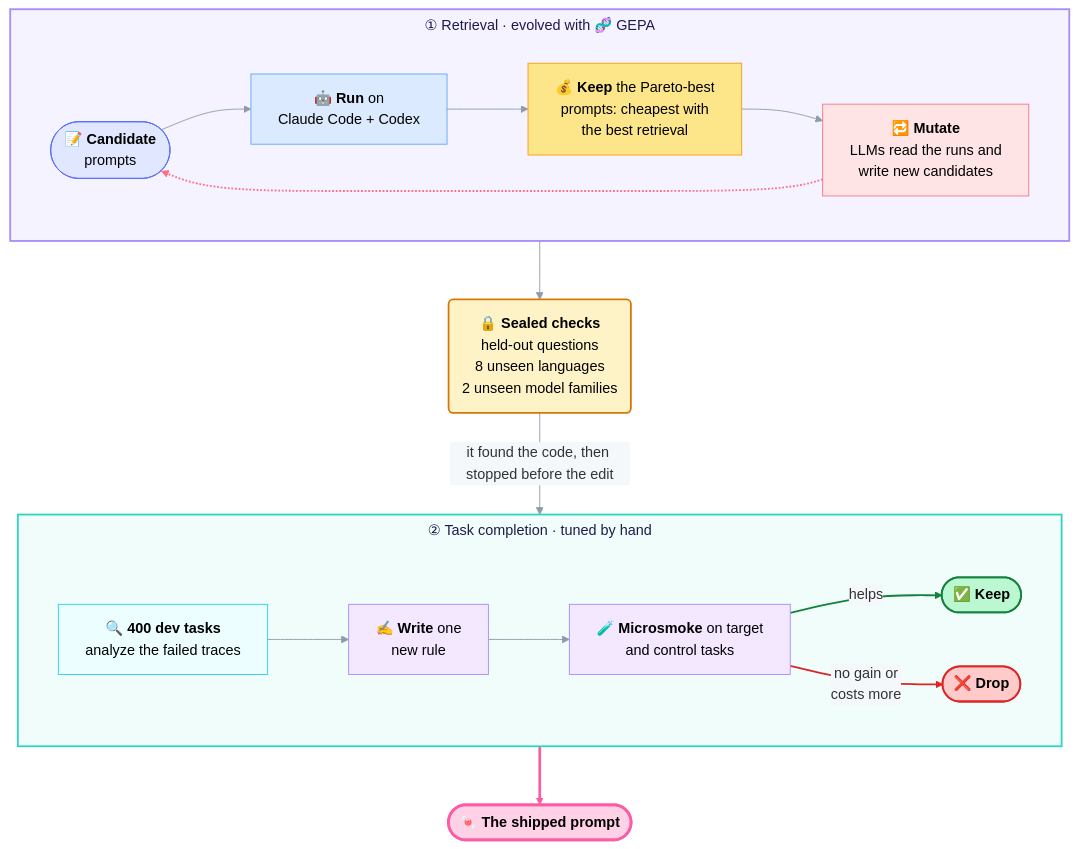
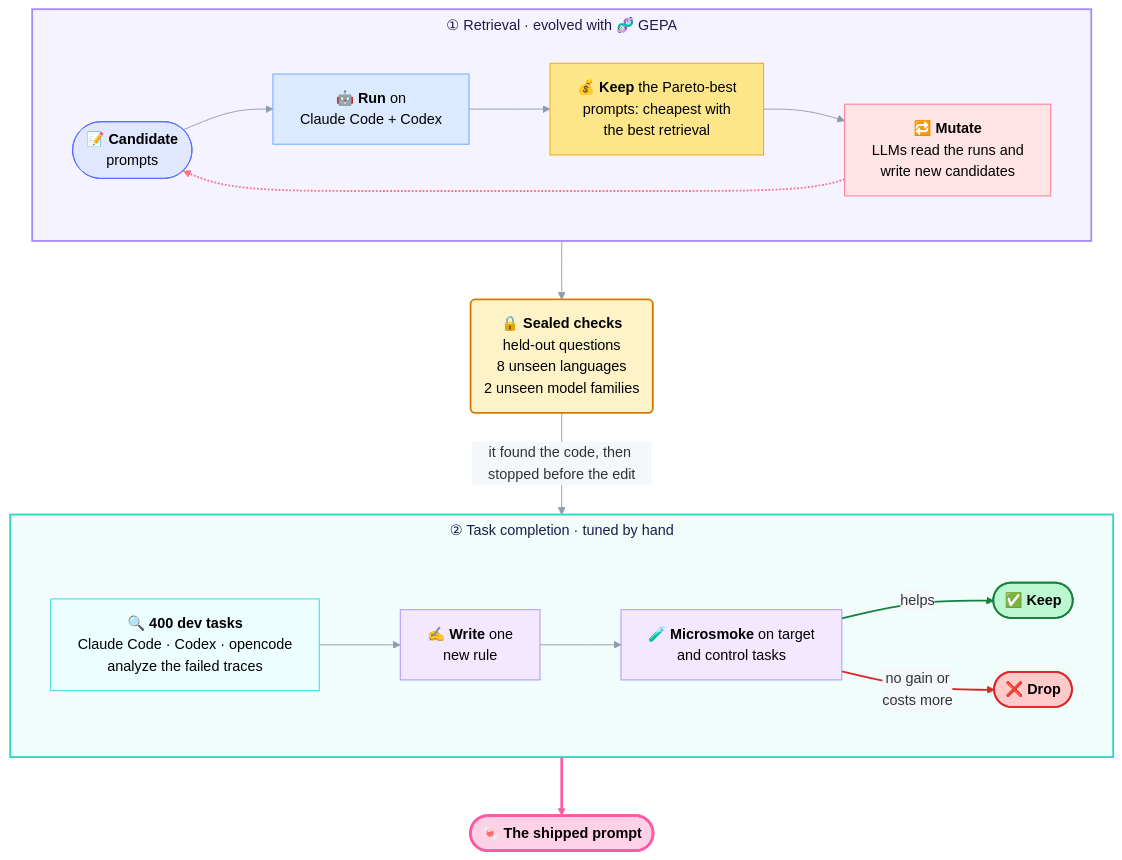
The second of 2 diagrams in README.md (mrsladoje/sweet-search), drawn with Mermaid before and after one commit. The commit also changed other lines of this file, not shown here.

Commit message:
readme: scannable prompt intro, explain both tuning steps after the diagram, opencode in step 2

````diff
--- a/README.md
+++ b/README.md
@@ -884,51 +887,51 @@
 ```mermaid
 %%{init: {"theme": "base", "themeVariables": {"titleColor": "#1e1b4b", "textColor": "#1e1b4b", "lineColor": "#8e9baa", "edgeLabelBackground": "#f4f8fb"}, "themeCSS": ".cluster-label span { font-size: 19px; font-weight: 700; }", "flowchart": {"wrappingWidth": 400, "rankSpacing": 65, "nodeSpacing": 60, "subGraphTitleMargin": {"top": 6, "bottom": 14}}}}%%
 flowchart TB
     subgraph S1["① Retrieval · evolved with 🧬 GEPA"]
         direction LR
         A(["📝 <b>Candidate</b><br/>prompts"]) --> B["🤖 <b>Run</b> on<br/>Claude Code + Codex"]
         B --> C["💰 <b>Keep</b> the Pareto-best<br/>prompts: cheapest with<br/>the best retrieval"]
         C --> D["🔁 <b>Mutate</b><br/>LLMs read the runs and<br/>write new candidates"]
         D -.-> A
     end
     S1 --> V("🔒 <b>Sealed checks</b><br/>held-out questions<br/>8 unseen languages<br/>2 unseen model families")
     V -->|"it found the code, then stopped before the edit"| S2
     subgraph S2["② Task completion · tuned by hand"]
         direction LR
-        E["🔍 <b>400 dev tasks</b><br/>analyze the failed traces"] --> F["✍️ <b>Write</b> one<br/>new rule"]
+        E["🔍 <b>400 dev tasks</b><br/>Claude Code · Codex · opencode<br/>analyze the failed traces"] --> F["✍️ <b>Write</b> one<br/>new rule"]
         F --> G["🧪 <b>Microsmoke</b> on target<br/>and control tasks"]
         G -->|"helps"| H(["✅ <b>Keep</b>"])
         G -->|"no gain or<br/>costs more"| I(["❌ <b>Drop</b>"])
     end
     S2 ==> P(["🍬 <b>The shipped prompt</b>"])
 
     classDef cand  fill:#e0e7ff,stroke:#596fff,color:#000;
     classDef run   fill:#dbeafe,stroke:#60a5fa,color:#000;
     classDef score fill:#fde68a,stroke:#f59e0b,color:#000;
     classDef llm   fill:#ffe4e6,stroke:#fb7185,color:#000;
     classDef seal  fill:#fef3c7,stroke:#d97706,color:#000,stroke-width:2px;
     classDef dig   fill:#ecfeff,stroke:#22d3ee,color:#000;
     classDef rule  fill:#f3e8ff,stroke:#a78bfa,color:#000;
     classDef keep  fill:#bbf7d0,stroke:#15803d,color:#000,stroke-width:2px;
     classDef drop  fill:#fecaca,stroke:#dc2626,color:#000,stroke-width:2px;
     classDef ship  fill:#ffd1e6,stroke:#ff5ba3,color:#000,stroke-width:3px;
 
     class A cand;
     class B run;
     class C score;
     class D llm;
     class V seal;
     class E dig;
     class F,G rule;
     class H keep;
     class I drop;
     class P ship;
 
     style S1 fill:#f5f3ff,stroke:#a78bfa,stroke-width:2px;
     style S2 fill:#f0fdfa,stroke:#2dd4bf,stroke-width:2px;
 
     linkStyle 3 stroke:#fb7185,stroke-width:2px;
     linkStyle 8 stroke:#15803d,stroke-width:2px;
     linkStyle 9 stroke:#dc2626,stroke-width:2px;
     linkStyle 10 stroke:#ff5ba3,stroke-width:3px;
 ```
````
